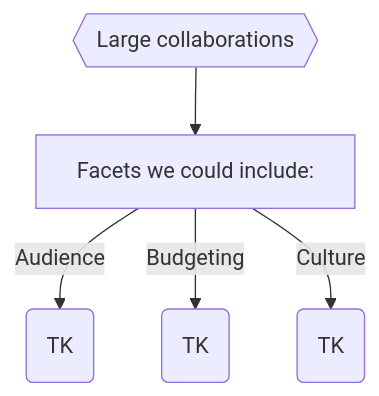
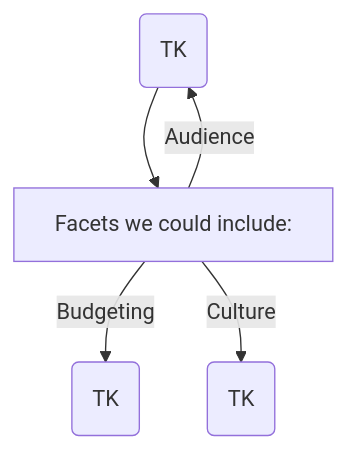
Before and after one commit to tiffehr/collaboration-capstone: the fourth of 4 diagrams in docs/README.md, drawn with Mermaid. The commit also changed other lines of this file, not shown here.

Commit message:
cleanup initial IDs on chart tops

```diff
--- a/docs/README.md
+++ b/docs/README.md
@@ -68,7 +68,7 @@
 <div class="mermaid">
 graph TD
-  SZ{{"Large" collaborations}} --> F[Facets we could include:]
+  A{{"Large" collaborations}} --> F[Facets we could include:]
     F --> |Audience| A(TK)
     F --> |Budgeting| B(TK)
     F --> |Culture| C(TK)
 </div>
```
